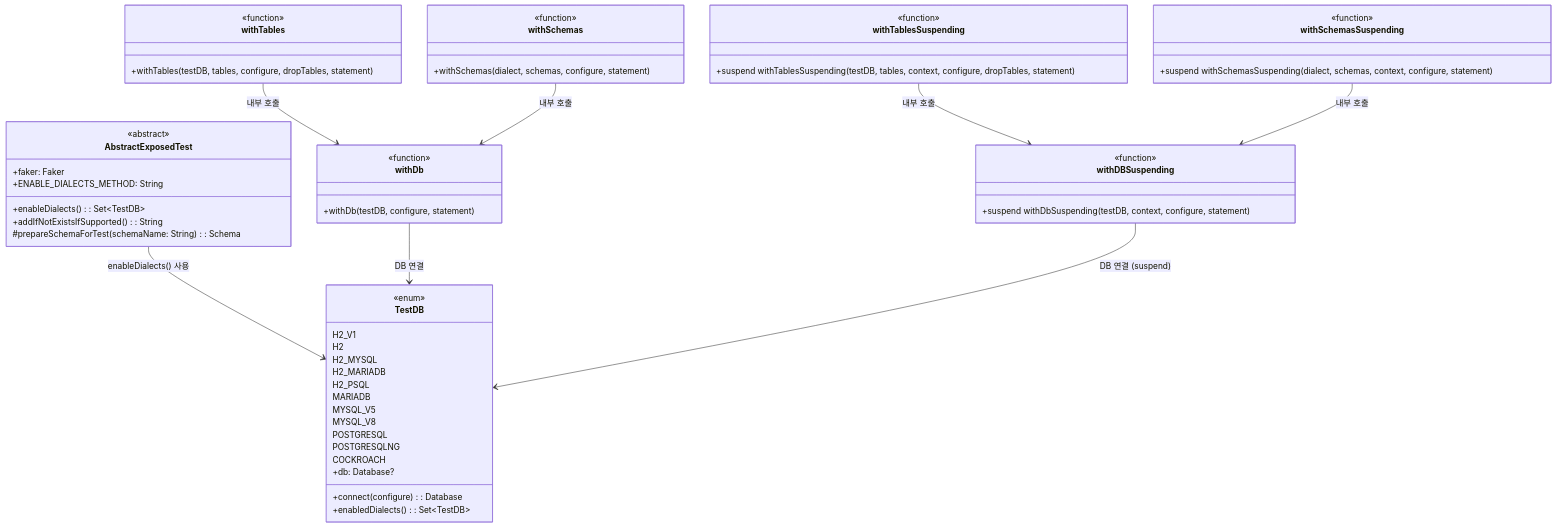
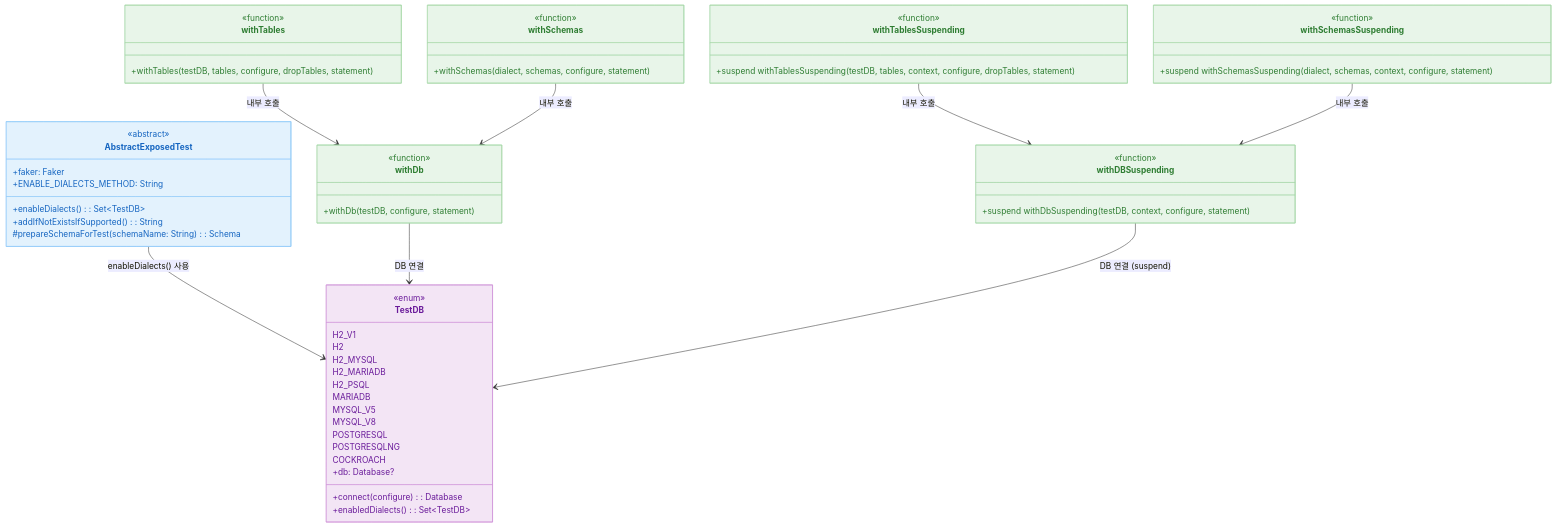
One commit to bluetape4k/exposed-workshop changed the diagram in 00-shared/exposed-shared-tests/README.md. Above: the diagram before and after it, drawn with Mermaid. The commit also changed 56 other files, not shown here.

First line of the commit message:
docs: 전체 README mermaid 다이어그램에 파스텔 톤 색상 적용

````diff
--- a/00-shared/exposed-shared-tests/README.md
+++ b/00-shared/exposed-shared-tests/README.md
@@ -75,67 +75,76 @@
 ```mermaid
 classDiagram
     class AbstractExposedTest {
         <<abstract>>
         +faker: Faker
         +enableDialects(): Set~TestDB~
         +ENABLE_DIALECTS_METHOD: String
         +addIfNotExistsIfSupported(): String
         #prepareSchemaForTest(schemaName: String): Schema
     }
 
     class TestDB {
         <<enum>>
         H2_V1
         H2
         H2_MYSQL
         H2_MARIADB
         H2_PSQL
         MARIADB
         MYSQL_V5
         MYSQL_V8
         POSTGRESQL
         POSTGRESQLNG
         COCKROACH
         +db: Database?
         +connect(configure): Database
         +enabledDialects(): Set~TestDB~
     }
 
     class withDb {
         <<function>>
         +withDb(testDB, configure, statement)
     }
 
     class withTables {
         <<function>>
         +withTables(testDB, tables, configure, dropTables, statement)
     }
 
     class withTablesSuspending {
         <<function>>
         +suspend withTablesSuspending(testDB, tables, context, configure, dropTables, statement)
     }
 
     class withSchemas {
         <<function>>
         +withSchemas(dialect, schemas, configure, statement)
     }
 
     class withSchemasSuspending {
         <<function>>
         +suspend withSchemasSuspending(dialect, schemas, context, configure, statement)
     }
 
     class withDBSuspending {
         <<function>>
         +suspend withDbSuspending(testDB, context, configure, statement)
     }
 
     AbstractExposedTest --> TestDB : enableDialects() 사용
     withTables --> withDb : 내부 호출
     withTablesSuspending --> withDBSuspending : 내부 호출
     withSchemas --> withDb : 내부 호출
     withSchemasSuspending --> withDBSuspending : 내부 호출
     withDb --> TestDB : DB 연결
     withDBSuspending --> TestDB : DB 연결 (suspend)
+
+    style AbstractExposedTest fill:#E3F2FD,stroke:#90CAF9,color:#1565C0
+    style TestDB fill:#F3E5F5,stroke:#CE93D8,color:#6A1B9A
+    style withDb fill:#E8F5E9,stroke:#A5D6A7,color:#2E7D32
+    style withTables fill:#E8F5E9,stroke:#A5D6A7,color:#2E7D32
+    style withTablesSuspending fill:#E8F5E9,stroke:#A5D6A7,color:#2E7D32
+    style withSchemas fill:#E8F5E9,stroke:#A5D6A7,color:#2E7D32
+    style withSchemasSuspending fill:#E8F5E9,stroke:#A5D6A7,color:#2E7D32
+    style withDBSuspending fill:#E8F5E9,stroke:#A5D6A7,color:#2E7D32
 ```
````
